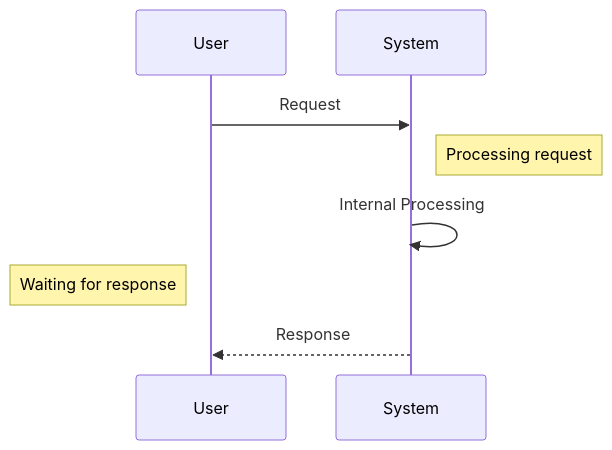
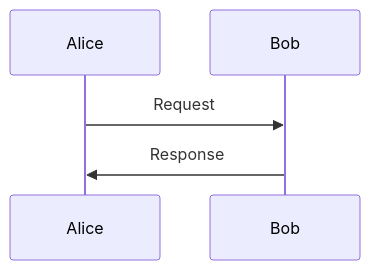
Before and after one commit to teachingai/full-stack-skills: the fourth of 26 diagrams in skills/mermaid/examples/sequence.md, drawn with Mermaid. The commit also changed other lines of this file and 21 other files, not shown here.

First line of the commit message:
docs(mermaid): 更新架构、块、C4和类图示例文档

````diff
--- a/skills/mermaid/examples/sequence.md
+++ b/skills/mermaid/examples/sequence.md
@@ -158,11 +80,7 @@
 ```mermaid
 sequenceDiagram
-    participant U as User
-    participant S as System
-
-    U->>S: Request
-    note right of S: Processing request
-    S->>S: Internal Processing
-    note left of U: Waiting for response
-    S-->>U: Response
+    participant Alice
+    participant Bob
+    Alice->>Bob: Request
+    Bob->>Alice: Response
 ```
````
